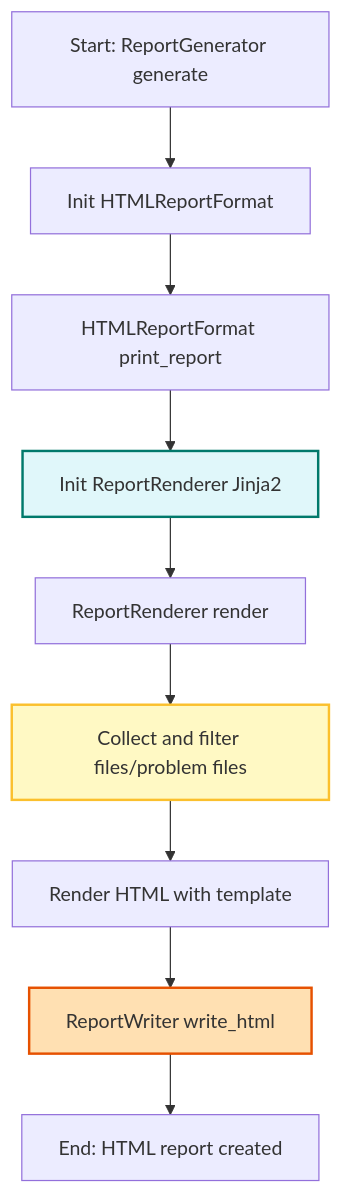
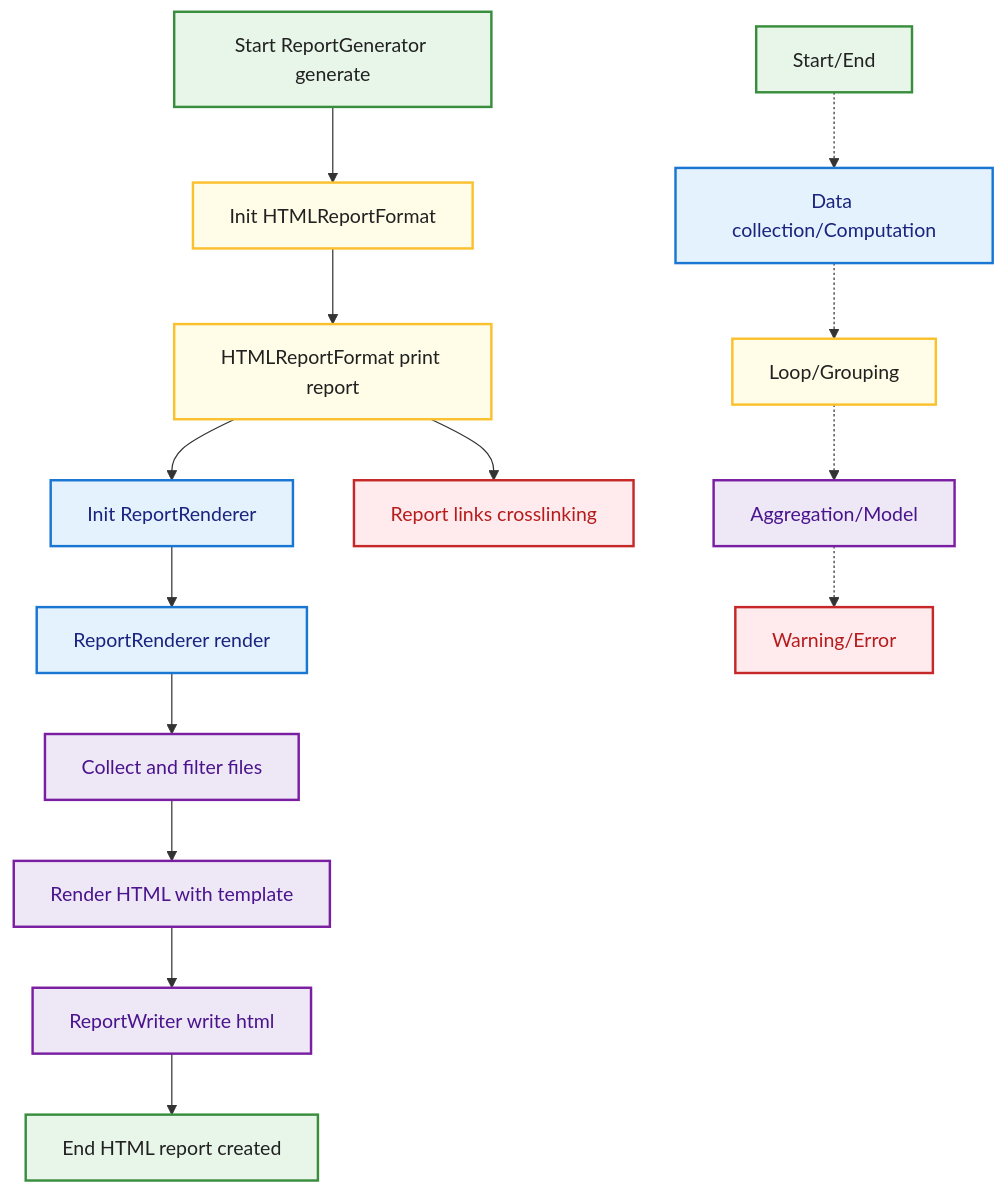
Before and after one commit to CmdrPrompt/MetricMancer: the diagram in mermaid/4_html_report_flow.md, drawn with Mermaid. The commit also changed other lines of this file and 21 other files, not shown here.

````diff
--- a/mermaid/4_html_report_flow.md
+++ b/mermaid/4_html_report_flow.md
@@ -5,17 +5,48 @@
 ```mermaid
-graph TD
-    A[Start: ReportGenerator generate] --> B[Init HTMLReportFormat]
-    B --> C[HTMLReportFormat print_report]
-    C --> D[Init ReportRenderer Jinja2]
-    D --> E[ReportRenderer render]
-    E --> F[Collect and filter files/problem files]
-    F --> G[Render HTML with template]
-    G --> H[ReportWriter write_html]
-    H --> I[End: HTML report created]
+flowchart TD
+StartHTML[Start ReportGenerator generate]
+StartHTML --> InitFormat[Init HTMLReportFormat]
+InitFormat --> PrintReport[HTMLReportFormat print report]
+PrintReport --> InitRenderer[Init ReportRenderer]
+InitRenderer --> Render[ReportRenderer render]
+Render --> Filter[Collect and filter files]
+Filter --> RenderHTML[Render HTML with template]
+RenderHTML --> WriteHTML[ReportWriter write html]
+WriteHTML --> EndNode[End HTML report created]
+PrintReport --> ReportLinks[Report links crosslinking]
+%% Edge cases and error handling can be added as needed
+style StartHTML fill:#e8f5e9,stroke:#388e3c,stroke-width:2px,color:#212121
+style EndNode fill:#e8f5e9,stroke:#388e3c,stroke-width:2px,color:#212121
+style InitFormat fill:#fffde7,stroke:#fbc02d,stroke-width:2px,color:#212121
+style PrintReport fill:#fffde7,stroke:#fbc02d,stroke-width:2px,color:#212121
+style InitRenderer fill:#e3f2fd,stroke:#1976d2,stroke-width:2px,color:#1a237e
+style Render fill:#e3f2fd,stroke:#1976d2,stroke-width:2px,color:#1a237e
+style Filter fill:#ede7f6,stroke:#7b1fa2,stroke-width:2px,color:#4a148c
+style RenderHTML fill:#ede7f6,stroke:#7b1fa2,stroke-width:2px,color:#4a148c
+style WriteHTML fill:#ede7f6,stroke:#7b1fa2,stroke-width:2px,color:#4a148c
+style ReportLinks fill:#ffebee,stroke:#c62828,stroke-width:2px,color:#b71c1c
 
-    %% Edge cases
-    style D fill:#e0f7fa,stroke:#00796b,stroke-width:2px
-    style F fill:#fff9c4,stroke:#fbc02d,stroke-width:2px
-    style H fill:#ffe0b2,stroke:#e65100,stroke-width:2px
-    %% Error handling: missing template, write error, empty repo_info/problem files
+%% Legend
+    LegendStart[Start/End]:::start
+    LegendCalc[Data collection/Computation]:::calc
+    LegendLoop[Loop/Grouping]:::loop
+    LegendAgg[Aggregation/Model]:::agg
+    LegendWarn[Warning/Error]:::warn
+
+    LegendStart -.-> LegendCalc
+    LegendCalc -.-> LegendLoop
+    LegendLoop -.-> LegendAgg
+    LegendAgg -.-> LegendWarn
+
+    classDef start fill:#e8f5e9,stroke:#388e3c,stroke-width:2px,color:#212121;
+    classDef calc fill:#e3f2fd,stroke:#1976d2,stroke-width:2px,color:#1a237e;
+    classDef loop fill:#fffde7,stroke:#fbc02d,stroke-width:2px,color:#212121;
+    classDef agg fill:#ede7f6,stroke:#7b1fa2,stroke-width:2px,color:#4a148c;
+    classDef warn fill:#ffebee,stroke:#c62828,stroke-width:2px,color:#b71c1c;
+
+    class LegendStart start;
+    class LegendCalc calc;
+    class LegendLoop loop;
+    class LegendAgg agg;
+    class LegendWarn warn;
 ```
````
